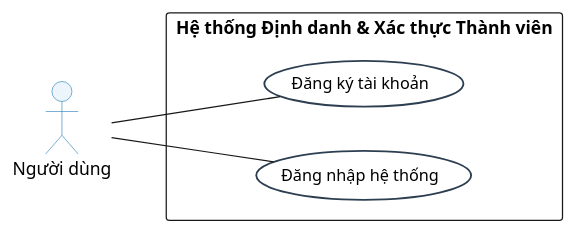
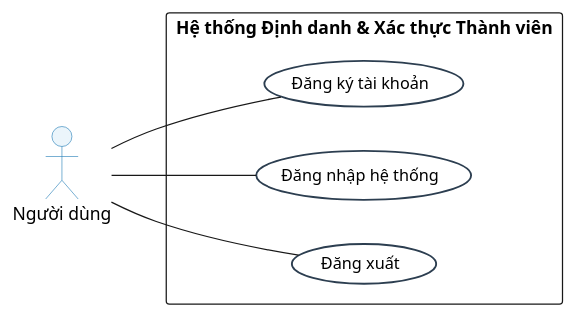
Before and after one commit to Phuc280106/BrewLite2: the diagram in docs/diagrams/auth/usecase-auth.puml, drawn with PlantUML. The commit also changed 1 other file, not shown here.

Commit message:
fix(diagrams): thêm UC_LOGOUT trong sơ đồ usecase

```diff
--- a/docs/diagrams/auth/usecase-auth.puml
+++ b/docs/diagrams/auth/usecase-auth.puml
@@ -1,35 +1,36 @@
 @startuml
 left to right direction
 
 ' Cấu hình giao diện cho Use Case
 skinparam usecase {
     BackgroundColor #FFFFFF
     BorderColor #2C3E50
     BorderThickness 1.5
     FontSize 13
 }
 
 ' Cấu hình giao diện cho Actor
 skinparam actor {
     BackgroundColor #EBF5FB
     BorderColor #2980B9
 }
 
 ' Khai báo Actor bên ngoài hệ thống (bên trái)
 actor "Người dùng" as User
 
 ' Khai báo ranh giới hệ thống (System Boundary)
 rectangle "Hệ thống Định danh & Xác thực Thành viên" {
     ' --- Nhóm Use Case chính (ở trung tâm) ---
     usecase "Đăng ký tài khoản" as UC_Register
     usecase "Đăng nhập hệ thống" as UC_Login
+    usecase "Đăng xuất" as UC_Logout
 
 }
 
 ' --- Quan hệ giữa Actor và các Use Case chính ---
 User -- UC_Register
 User -- UC_Login
-
+User -- UC_Logout
 
 
 @enduml
```
